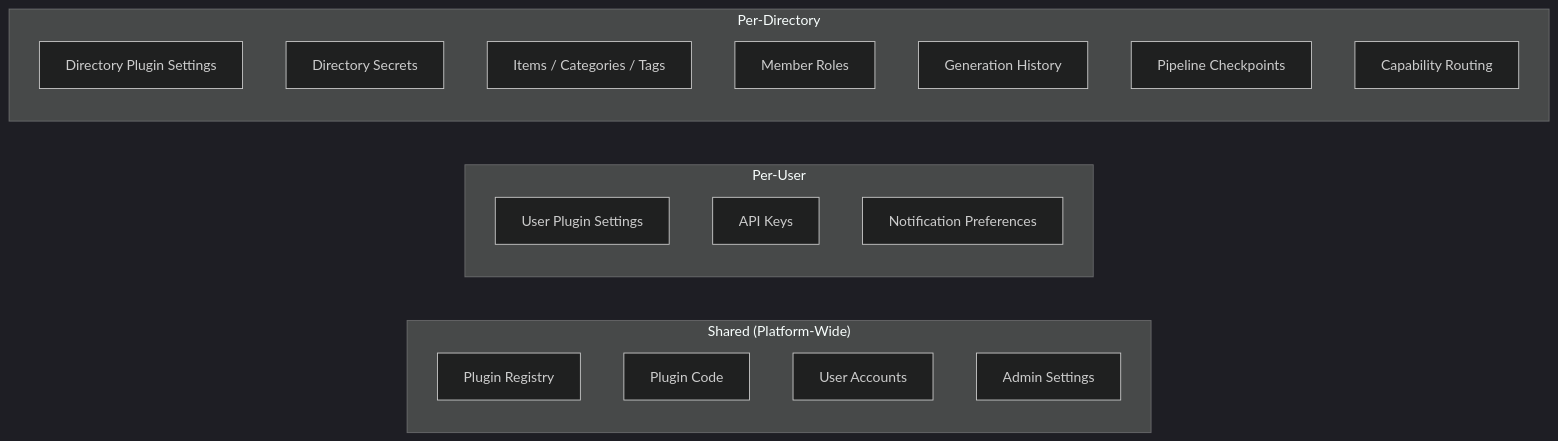
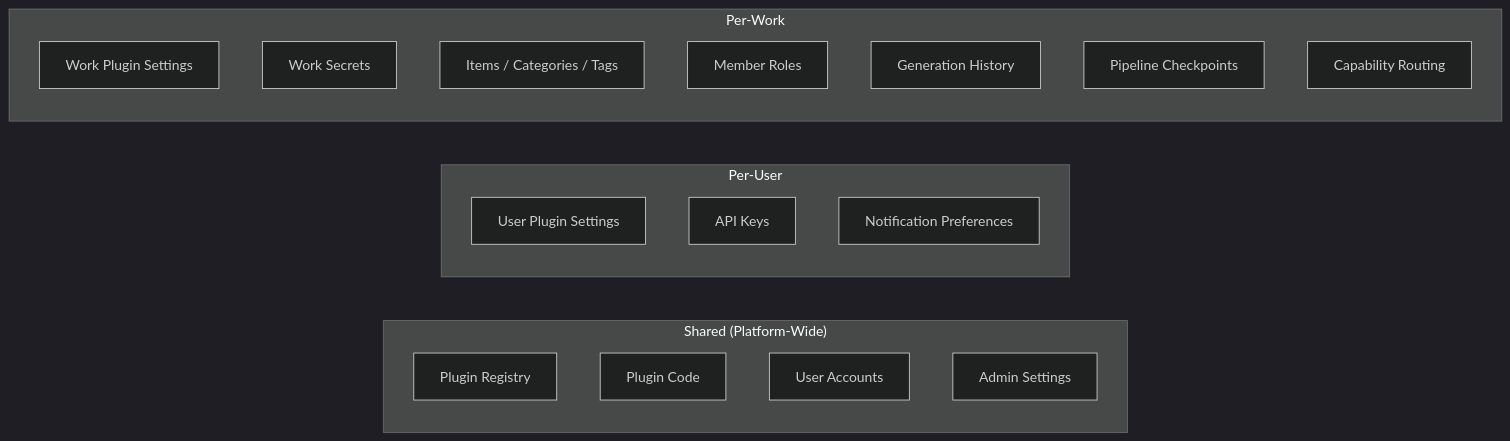
Before and after one commit to ever-works/ever-works: the sixth of 6 diagrams in docs/advanced/multi-tenancy.md, drawn with Mermaid (dark theme). The commit also changed other lines of this file and 395 other files, not shown here.

````diff
--- a/docs/advanced/multi-tenancy.md
+++ b/docs/advanced/multi-tenancy.md
@@ -349,25 +349,25 @@
 ```mermaid
 graph LR
     subgraph "Shared (Platform-Wide)"
         A[Plugin Registry]
         B[Plugin Code]
         C[User Accounts]
         D[Admin Settings]
     end
 
     subgraph "Per-User"
         E[User Plugin Settings]
         F[API Keys]
         G[Notification Preferences]
     end
 
-    subgraph "Per-Directory"
-        H[Directory Plugin Settings]
-        I[Directory Secrets]
+    subgraph "Per-Work"
+        H[Work Plugin Settings]
+        I[Work Secrets]
         J[Items / Categories / Tags]
         K[Member Roles]
         L[Generation History]
         M[Pipeline Checkpoints]
         N[Capability Routing]
     end
 ```
````
